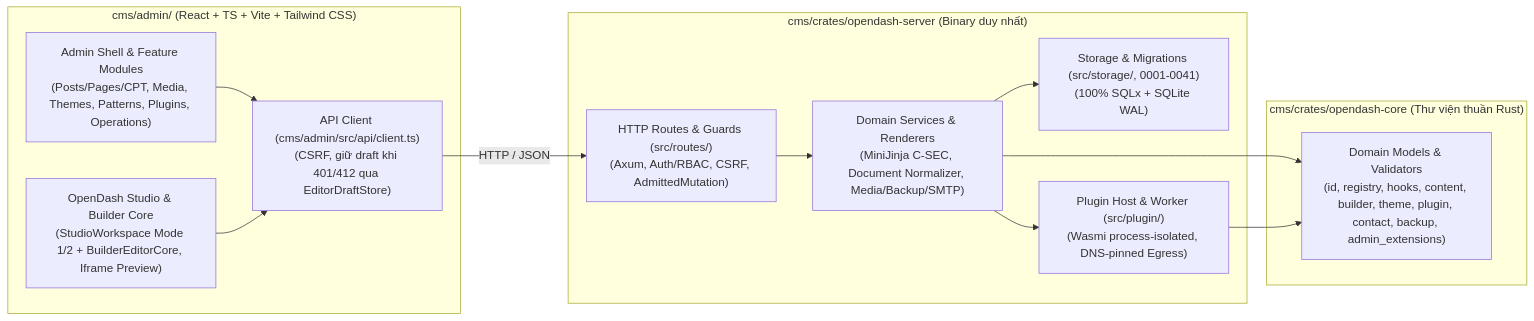
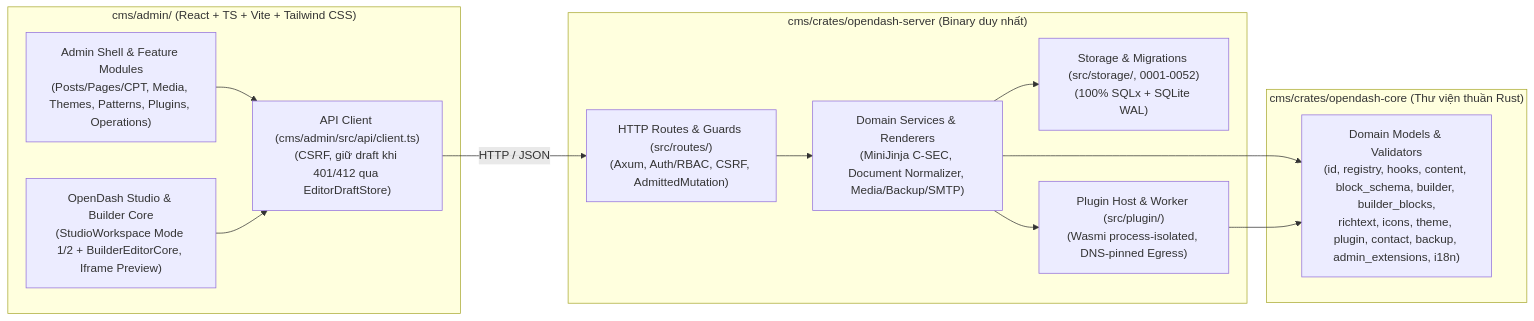
Before and after one commit to thientran2359/opendash-cms: the diagram in docs/architecture/CMS_ARCHITECTURE.md, drawn with Mermaid. The commit also changed other lines of this file and 15 other files, not shown here.

First line of the commit message:
docs(egm): close phase2-legacy-builder-theme-v3-cleanup as Verified with drift hardening

````diff
--- a/docs/architecture/CMS_ARCHITECTURE.md
+++ b/docs/architecture/CMS_ARCHITECTURE.md
@@ -14,28 +14,28 @@
 ```mermaid
 flowchart LR
     subgraph Admin["cms/admin/ (React + TS + Vite + Tailwind CSS)"]
         Shell["Admin Shell & Feature Modules\n(Posts/Pages/CPT, Media, Themes, Patterns, Plugins, Operations)"]
         Builder["OpenDash Studio & Builder Core\n(StudioWorkspace Mode 1/2 + BuilderEditorCore, Iframe Preview)"]
         ApiClient["API Client (cms/admin/src/api/client.ts)\n(CSRF, giữ draft khi 401/412 qua EditorDraftStore)"]
         Shell --> ApiClient
         Builder --> ApiClient
     end
 
     subgraph Server["cms/crates/opendash-server (Binary duy nhất)"]
         Routes["HTTP Routes & Guards (src/routes/)\n(Axum, Auth/RBAC, CSRF, AdmittedMutation)"]
         UseCases["Domain Services & Renderers\n(MiniJinja C-SEC, Document Normalizer, Media/Backup/SMTP)"]
-        Storage["Storage & Migrations (src/storage/, 0001-0041)\n(100% SQLx + SQLite WAL)"]
+        Storage["Storage & Migrations (src/storage/, 0001-0052)\n(100% SQLx + SQLite WAL)"]
         PluginHost["Plugin Host & Worker (src/plugin/)\n(Wasmi process-isolated, DNS-pinned Egress)"]
         Routes --> UseCases
         UseCases --> Storage
         UseCases --> PluginHost
     end
 
     subgraph Core["cms/crates/opendash-core (Thư viện thuần Rust)"]
-        Domain["Domain Models & Validators\n(id, registry, hooks, content, builder, theme, plugin, contact, backup, admin_extensions)"]
+        Domain["Domain Models & Validators\n(id, registry, hooks, content, block_schema, builder, builder_blocks,\nrichtext, icons, theme, plugin, contact, backup, admin_extensions, i18n)"]
     end
 
     ApiClient -->|HTTP / JSON| Routes
     UseCases --> Domain
     PluginHost --> Domain
 ```
````
